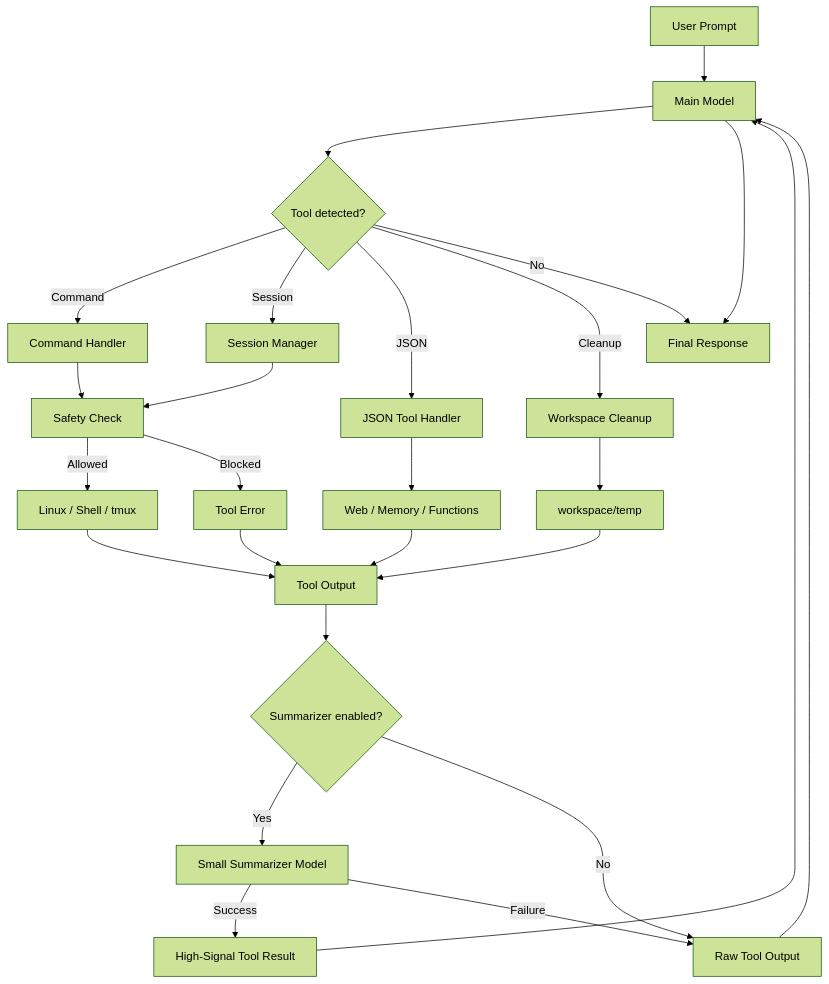
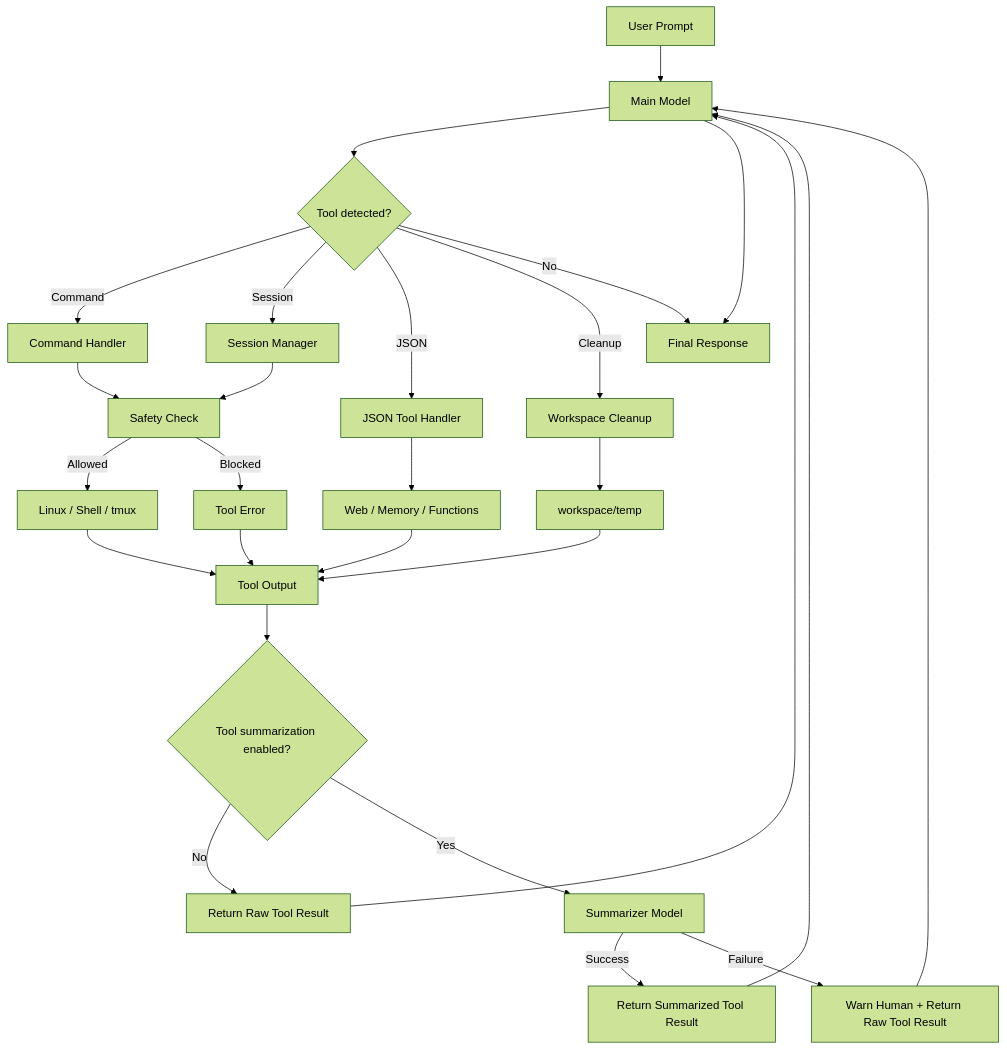
Before and after one commit to charlesericwilson-portfolio/Echo_Adapt_v5: the diagram in README.md, drawn with Mermaid (forest theme). The commit also changed other lines of this file, not shown here.

First line of the commit message:
Enhance README with mermaid flowcharts

````diff
--- a/README.md
+++ b/README.md
@@ -145,39 +71,40 @@
 ```mermaid
 flowchart TD
     A[User Prompt] --> B[Main Model]
 
     B --> C{Tool detected?}
 
     C -->|Command| D[Command Handler]
     C -->|Session| E[Session Manager]
     C -->|JSON| F[JSON Tool Handler]
     C -->|Cleanup| G[Workspace Cleanup]
     C -->|No| H[Final Response]
 
     D --> I[Safety Check]
     E --> I
 
     I -->|Allowed| J[Linux / Shell / tmux]
     I -->|Blocked| K[Tool Error]
 
     F --> L[Web / Memory / Functions]
     G --> M[workspace/temp]
 
     J --> N[Tool Output]
     L --> N
     M --> N
     K --> N
 
-    N --> O{Summarizer enabled?}
+    N --> O{Tool summarization enabled?}
 
-    O -->|Yes| P[Small Summarizer Model]
-    O -->|No| Q[Raw Tool Output]
+    O -->|No| P[Return Raw Tool Result]
+    O -->|Yes| Q[Summarizer Model]
 
-    P -->|Success| R[High-Signal Tool Result]
-    P -->|Failure| Q
+    Q -->|Success| R[Return Summarized Tool Result]
+    Q -->|Failure| S[Warn Human + Return Raw Tool Result]
 
+    P --> B
     R --> B
-    Q --> B
+    S --> B
 
     B --> H
 ```
````
